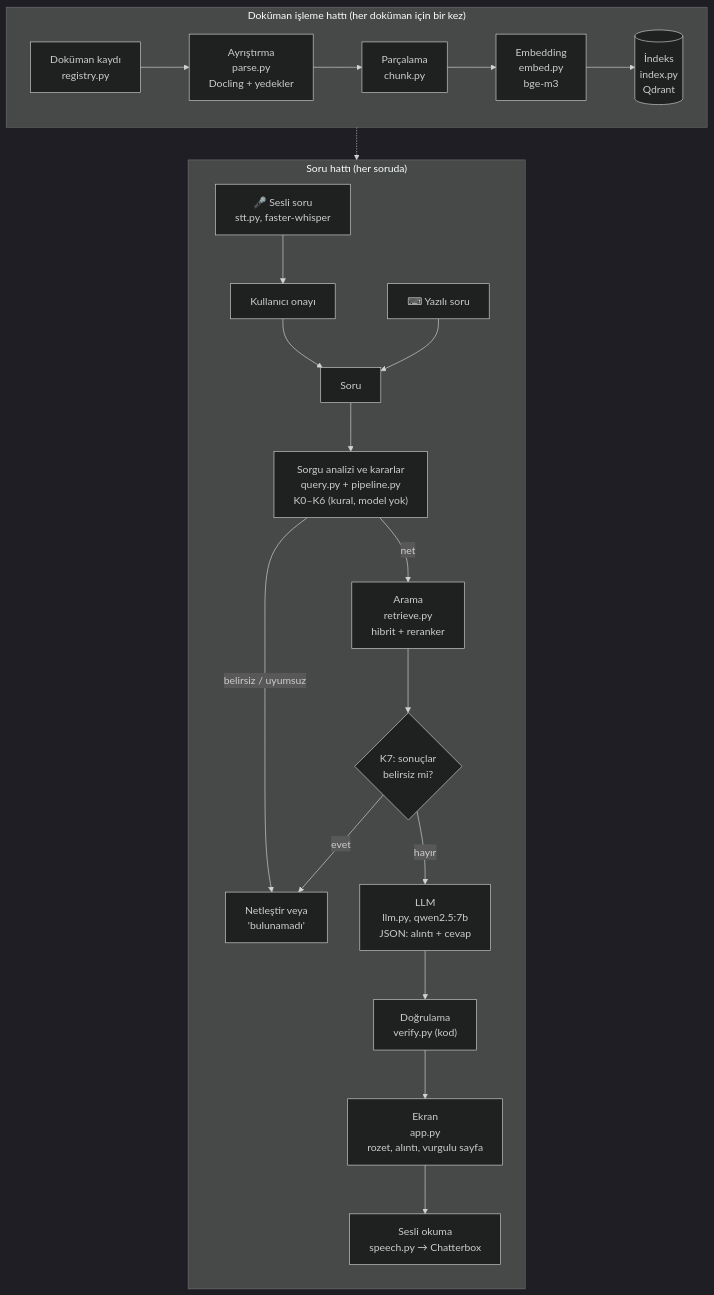
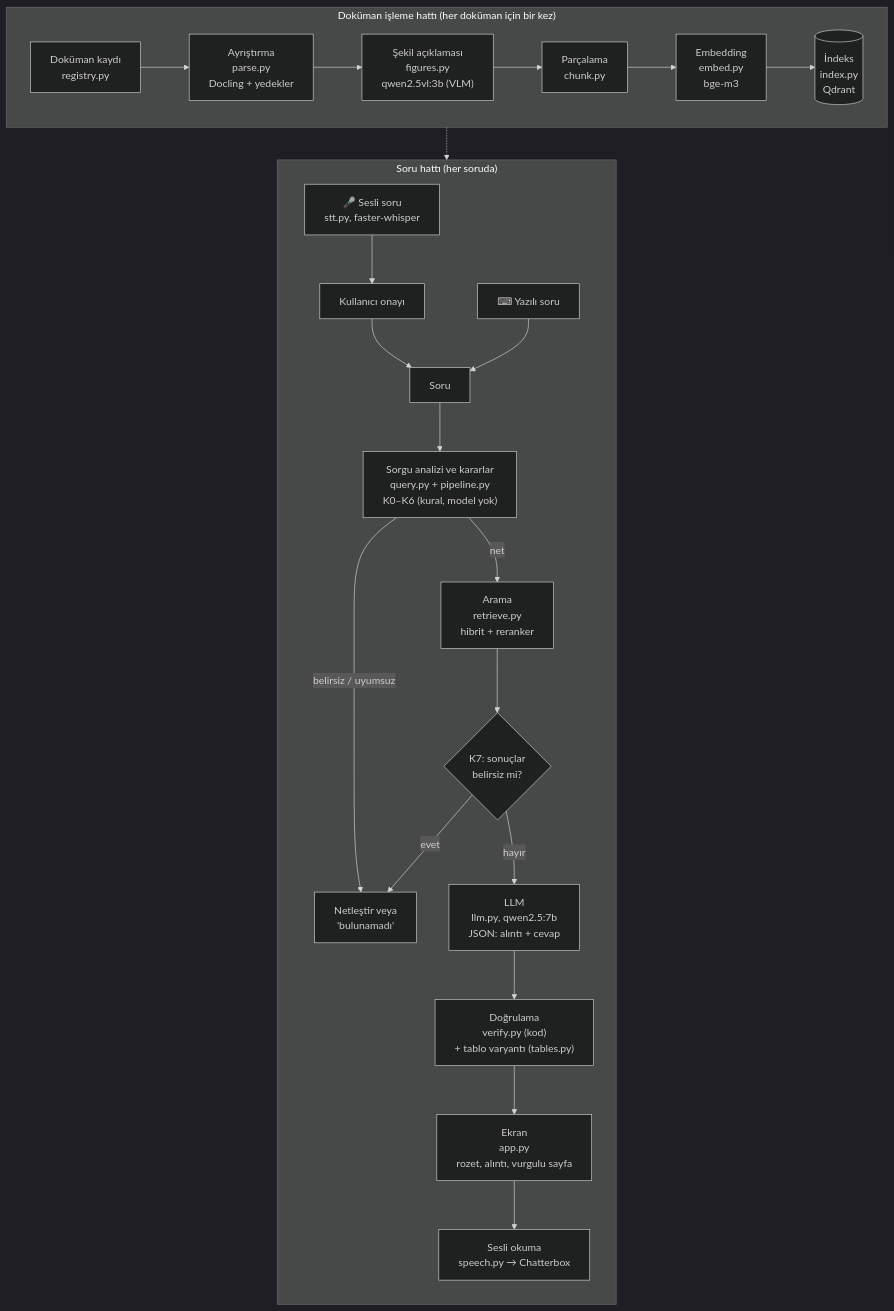
The first of 10 diagrams in MIMARI.md (zelihaguven/visual_agent), drawn with Mermaid (dark theme) before and after one commit. The commit also changed other lines of this file and 3 other files, not shown here.

````diff
--- a/MIMARI.md
+++ b/MIMARI.md
@@ -26,28 +26,29 @@
 ```mermaid
 flowchart TB
     subgraph ING["Doküman işleme hattı (her doküman için bir kez)"]
         direction LR
         R["Doküman kaydı<br/>registry.py"] --> P["Ayrıştırma<br/>parse.py<br/>Docling + yedekler"]
-        P --> C["Parçalama<br/>chunk.py"]
+        P --> F["Şekil açıklaması<br/>figures.py<br/>qwen2.5vl:3b (VLM)"]
+        F --> C["Parçalama<br/>chunk.py"]
         C --> E["Embedding<br/>embed.py<br/>bge-m3"]
         E --> I[("İndeks<br/>index.py<br/>Qdrant")]
     end
 
     subgraph QRY["Soru hattı (her soruda)"]
         direction TB
         V["🎤 Sesli soru<br/>stt.py, faster-whisper"] --> O["Kullanıcı onayı"]
         O --> Q["Soru"]
         T["⌨ Yazılı soru"] --> Q
         Q --> K["Sorgu analizi ve kararlar<br/>query.py + pipeline.py<br/>K0–K6 (kural, model yok)"]
         K -- "belirsiz / uyumsuz" --> N["Netleştir veya<br/>'bulunamadı'"]
         K -- "net" --> S["Arama<br/>retrieve.py<br/>hibrit + reranker"]
         S --> K7{"K7: sonuçlar<br/>belirsiz mi?"}
         K7 -- "evet" --> N
         K7 -- "hayır" --> L["LLM<br/>llm.py, qwen2.5:7b<br/>JSON: alıntı + cevap"]
-        L --> D["Doğrulama<br/>verify.py (kod)"]
+        L --> D["Doğrulama<br/>verify.py (kod)<br/>+ tablo varyantı (tables.py)"]
         D --> U["Ekran<br/>app.py<br/>rozet, alıntı, vurgulu sayfa"]
         U --> SP["Sesli okuma<br/>speech.py → Chatterbox"]
     end
 
     I -.-> S
 ```
````
